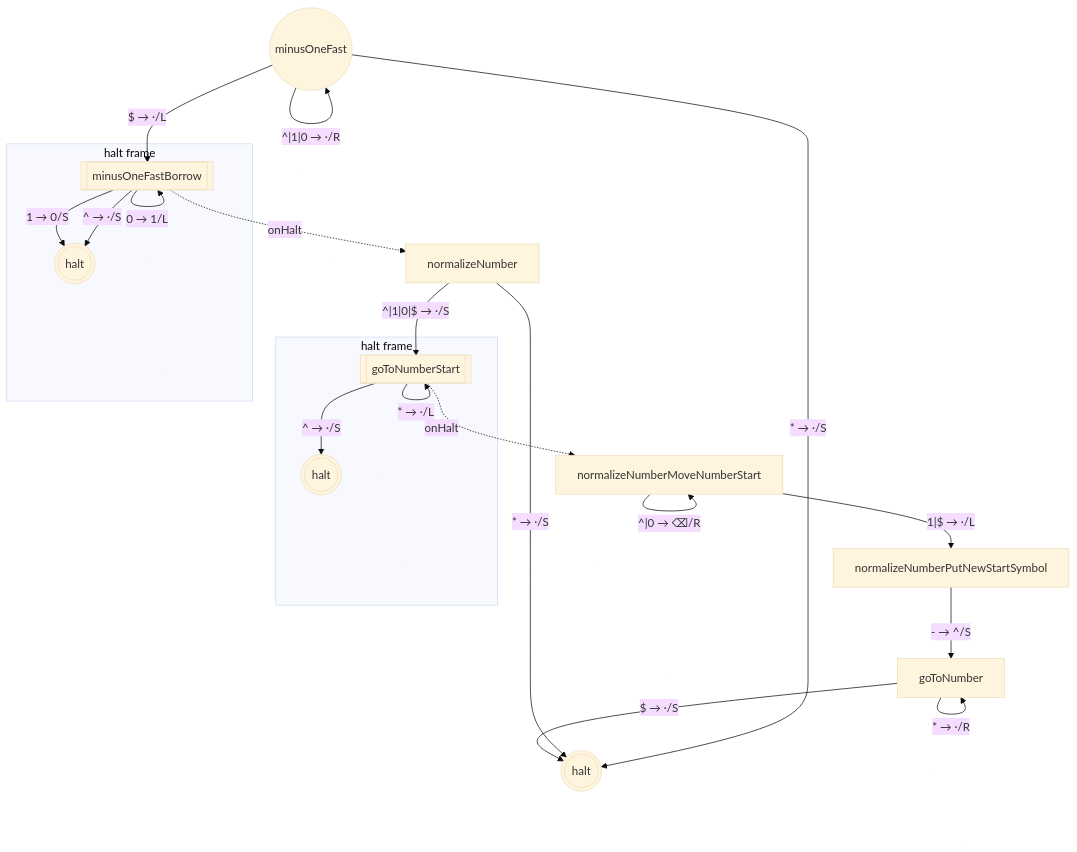
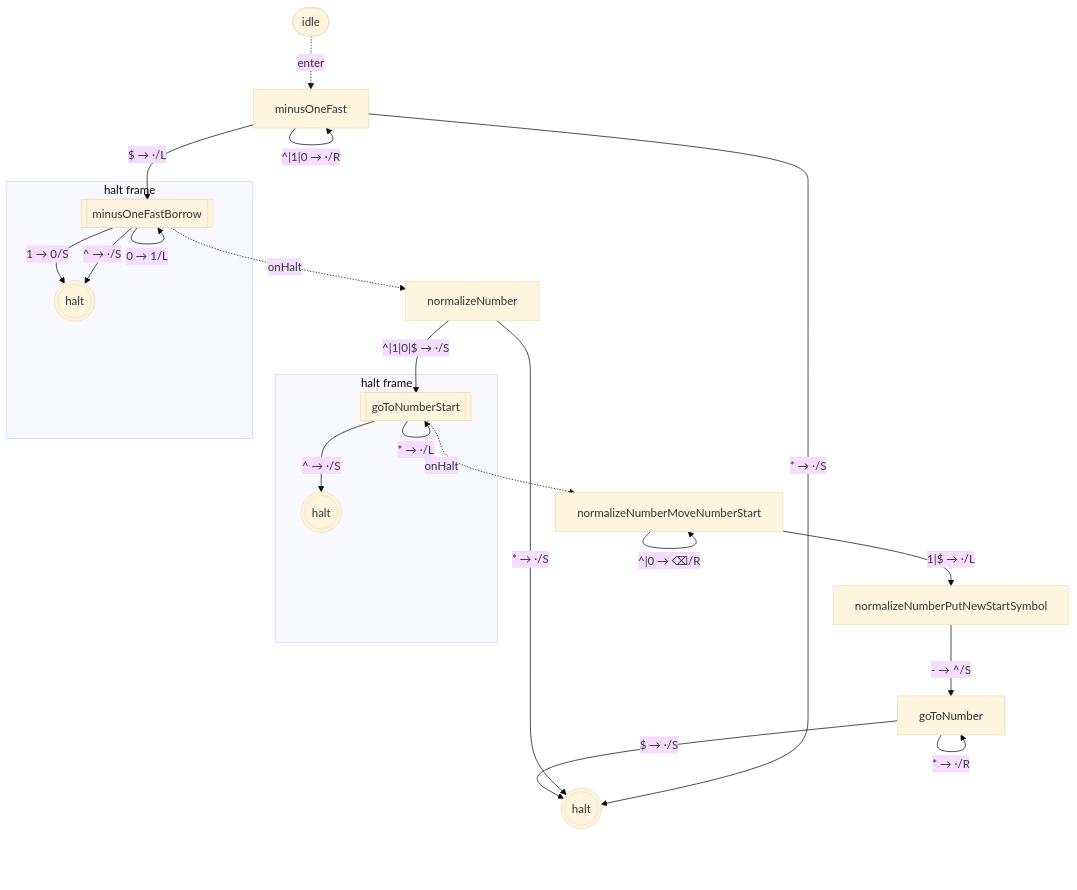
The tenth of 10 diagrams in packages/library-binary-numbers/states.md (mellonis/turing-machine-js), drawn with Mermaid (base theme) before and after one commit. The commit also changed other lines of this file and 5 other files, not shown here.

````diff
--- a/packages/library-binary-numbers/states.md
+++ b/packages/library-binary-numbers/states.md
@@ -239,35 +257,37 @@
 ```mermaid
 flowchart TD
 %% alphabets: [[" ","^","$","0","1"]]
   s0(((halt)))
   s1["goToNumber"]
   s12["normalizeNumberPutNewStartSymbol"]
   s13["normalizeNumberMoveNumberStart"]
   s15["normalizeNumber"]
-  s26(("minusOneFast"))
+  s26["minusOneFast"]
+  idle([idle])
   subgraph w_14["halt frame"]
     s14[["goToNumberStart"]]
     c14(((halt)))
   end
   subgraph w_25["halt frame"]
     s25[["minusOneFastBorrow"]]
     c25(((halt)))
   end
+  idle -. enter .-> s26
   s1 -- "$ → ·/S" --> s0
   s1 -- "* → ·/R" --> s1
   s12 -- "- → ^/S" --> s1
   s13 -- "^|0 → ⌫/R" --> s13
   s13 -- "1|$ → ·/L" --> s12
   s14 -- "^ → ·/S" --> c14
   s14 -- "* → ·/L" --> s14
   s14 -. onHalt .-> s13
   s15 -- "^|1|0|$ → ·/S" --> s14
   s15 -- "* → ·/S" --> s0
   s25 -- "1 → 0/S" --> c25
   s25 -- "0 → 1/L" --> s25
   s25 -- "^ → ·/S" --> c25
   s25 -. onHalt .-> s15
   s26 -- "^|1|0 → ·/R" --> s26
   s26 -- "$ → ·/L" --> s25
   s26 -- "* → ·/S" --> s0
 ```
````
